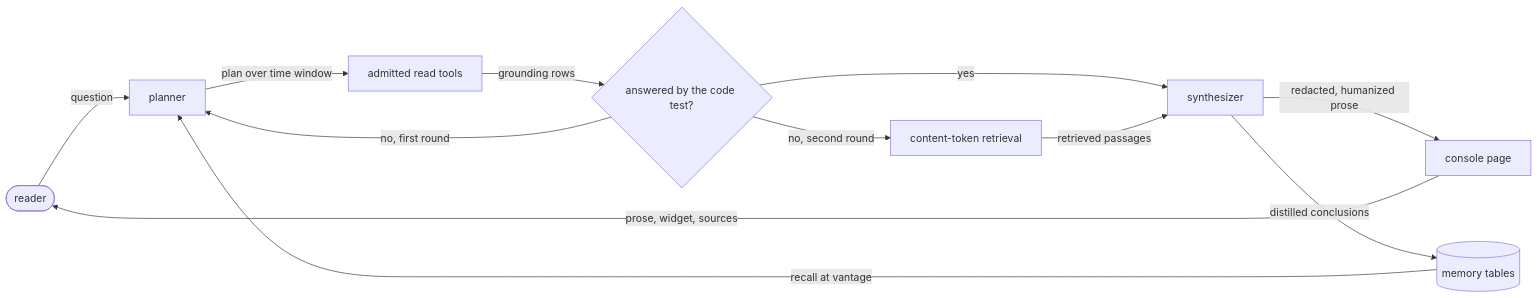
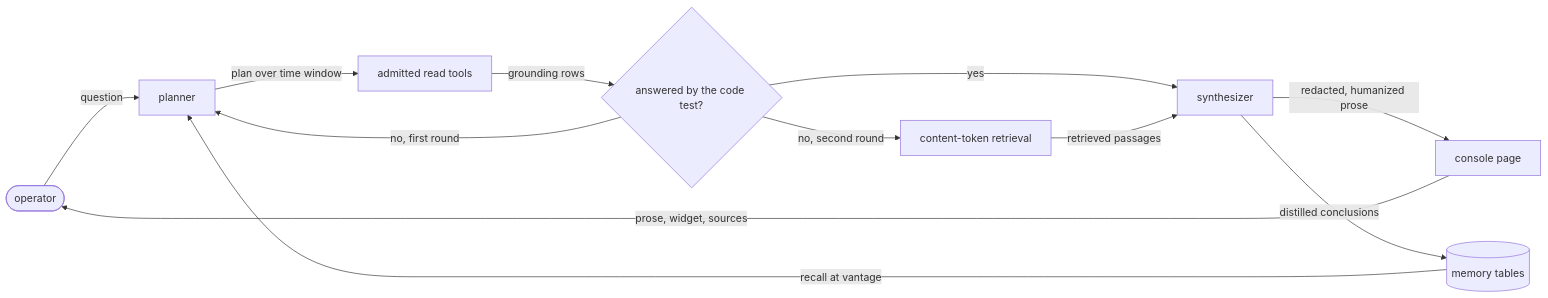
Before and after one commit to fractalboxdev/contextful: the sixth of 6 diagrams in spec/71-console.md, drawn with Mermaid. The commit also changed other lines of this file and 11 other files, not shown here.

````diff
--- a/spec/71-console.md
+++ b/spec/71-console.md
@@ -352,14 +395,14 @@
 ```mermaid
 flowchart LR
-  RDR(["reader"]) -->|"question"| PLAN["planner"]
+  RDR(["operator"]) -->|"question"| PLAN["planner"]
   MEM[("memory tables")] -->|"recall at vantage"| PLAN
   PLAN -->|"plan over time window"| TOOLS["admitted read tools"]
   TOOLS -->|"grounding rows"| A{"answered by the code test?"}
   A -->|"no, first round"| PLAN
   A -->|"no, second round"| RET["content-token retrieval"]
   A -->|"yes"| SYN["synthesizer"]
   RET -->|"retrieved passages"| SYN
   SYN -->|"redacted, humanized prose"| PAGE["console page"]
   PAGE -->|"prose, widget, sources"| RDR
   SYN -->|"distilled conclusions"| MEM
 ```
````
